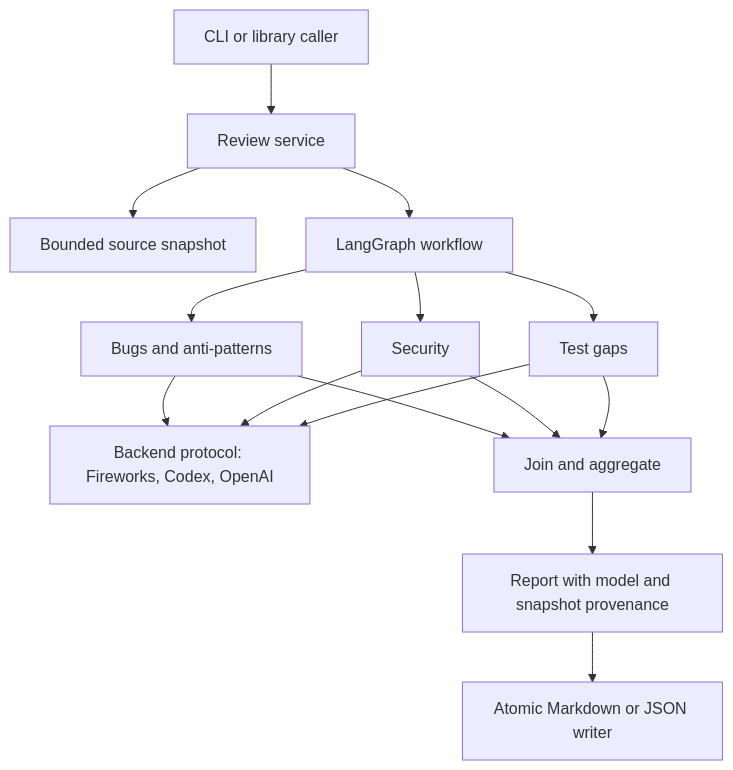
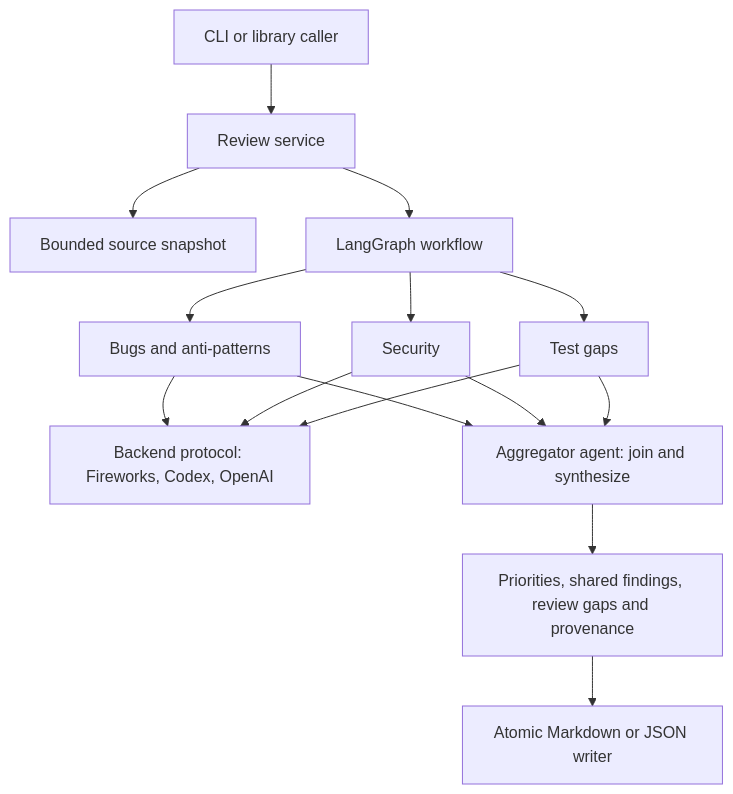
One commit to krishnakumar2050/Week3---multi-agent--Coding-Agent changed the diagram in README.md. Above: the diagram before and after it, drawn with Mermaid. The commit also changed other lines of this file and 24 other files, not shown here.

````diff
--- a/README.md
+++ b/README.md
@@ -111,17 +113,17 @@
 ```mermaid
 flowchart TD
     CLI[CLI or library caller] --> Service[Review service]
     Service --> Snapshot[Bounded source snapshot]
     Service --> Graph[LangGraph workflow]
     Graph --> Quality[Bugs and anti-patterns]
     Graph --> Security[Security]
     Graph --> Tests[Test gaps]
     Quality --> Backend[Backend protocol: Fireworks, Codex, OpenAI]
     Security --> Backend
     Tests --> Backend
-    Quality --> Join[Join and aggregate]
+    Quality --> Join[Aggregator agent: join and synthesize]
     Security --> Join
     Tests --> Join
-    Join --> Report[Report with model and snapshot provenance]
+    Join --> Report[Priorities, shared findings, review gaps and provenance]
     Report --> Writer[Atomic Markdown or JSON writer]
 ```
````
